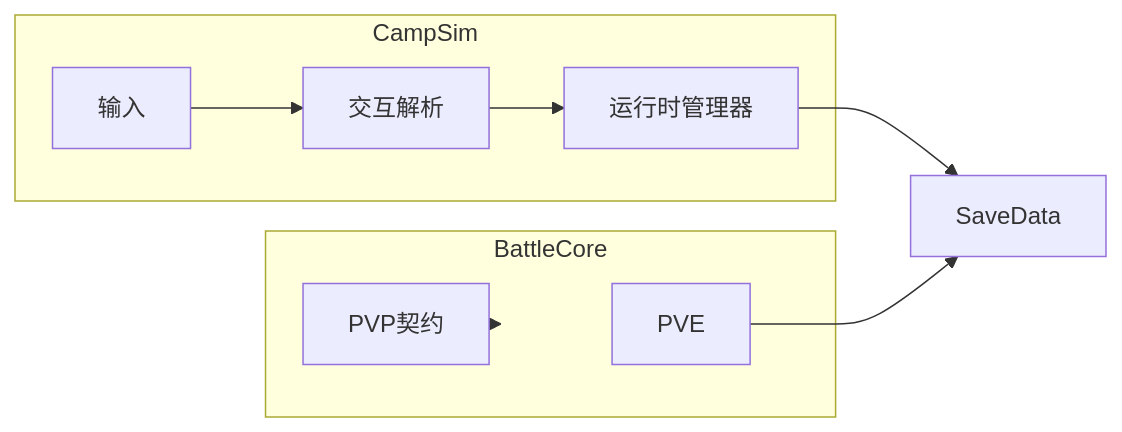
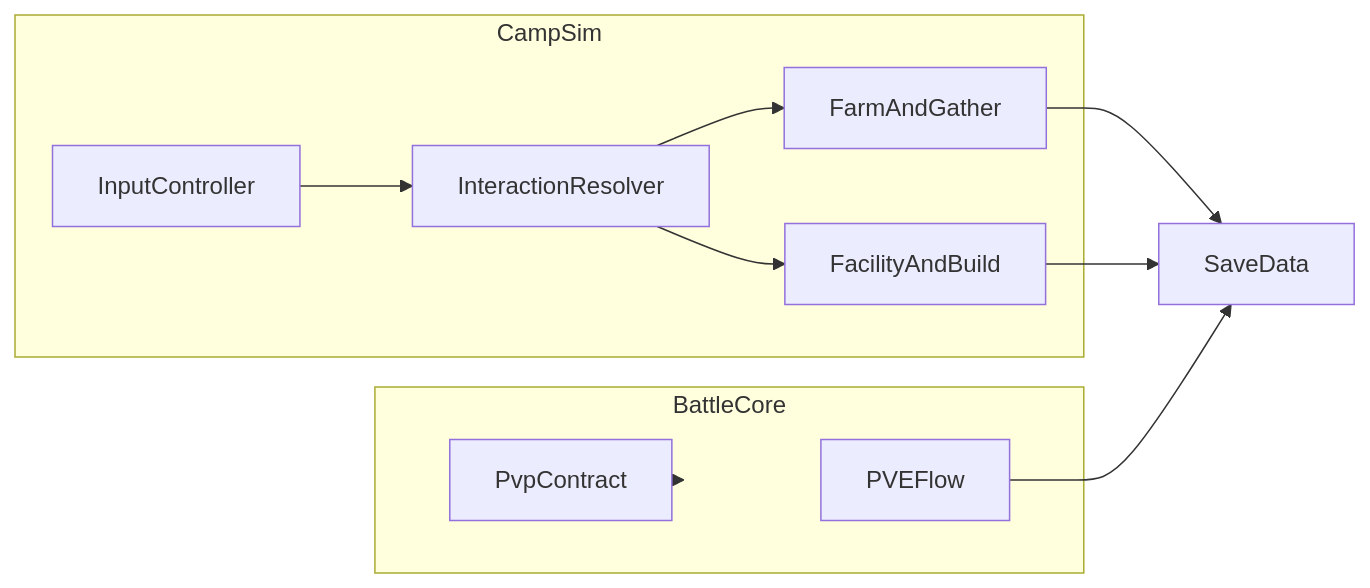
Before and after one commit to NeoYi2023/PetDemo: the first of 4 diagrams in SPEC_GAME.md, drawn with Mermaid. The commit also changed other lines of this file, not shown here.

````diff
--- a/SPEC_GAME.md
+++ b/SPEC_GAME.md
@@ -22,18 +13,21 @@
 ```mermaid
 flowchart LR
-  subgraph camp [CampSim]
-    input[输入]
-    interaction[交互解析]
-    runtime[运行时管理器]
+  subgraph campSim [CampSim]
+    inputCtrl[InputController]
+    interaction[InteractionResolver]
+    farmGather[FarmAndGather]
+    facility[FacilityAndBuild]
   end
-  subgraph battle [BattleCore]
-    pve[PVE]
-    pvp[PVP契约]
+  subgraph battleCore [BattleCore]
+    pveFlow[PVEFlow]
+    pvpContract[PvpContract]
   end
-  save[SaveData]
-  input --> interaction
-  interaction --> runtime
-  runtime --> save
-  pve --> save
-  pvp --> battle
+  saveModel[SaveData]
+  inputCtrl --> interaction
+  interaction --> farmGather
+  interaction --> facility
+  farmGather --> saveModel
+  facility --> saveModel
+  pveFlow --> saveModel
+  pvpContract --> battleCore
 ```
````
